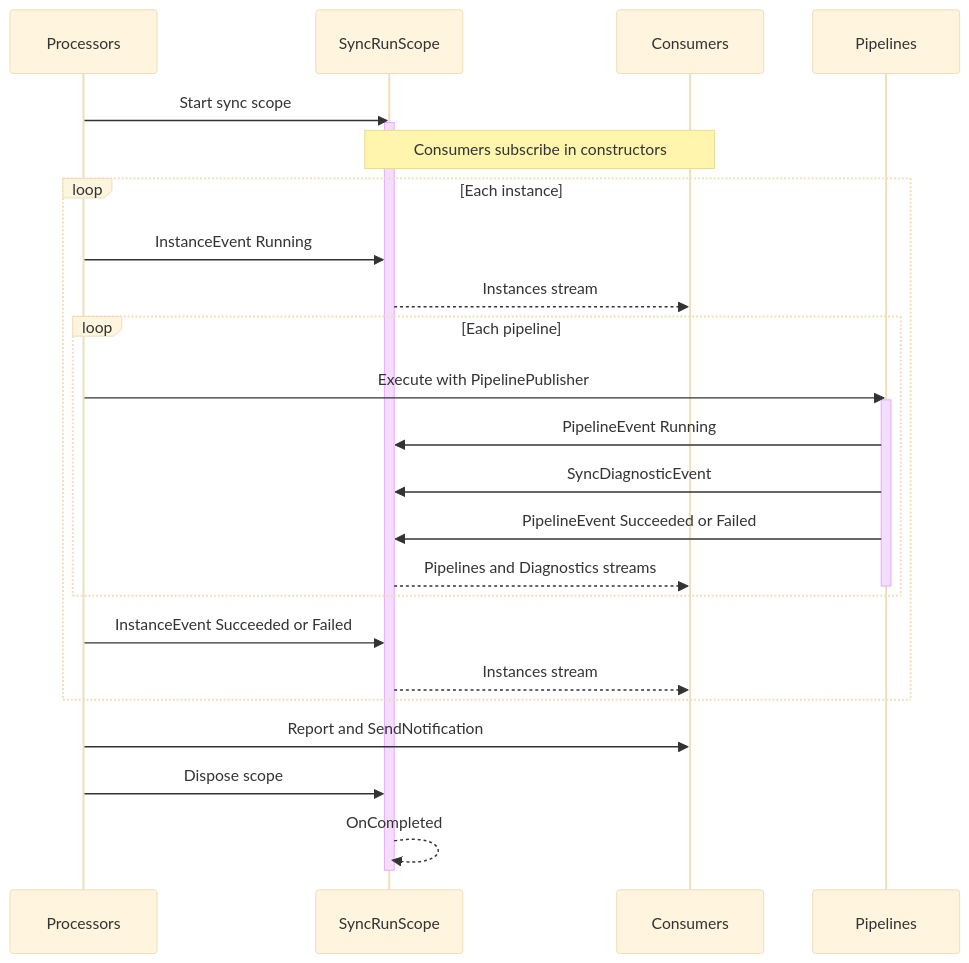
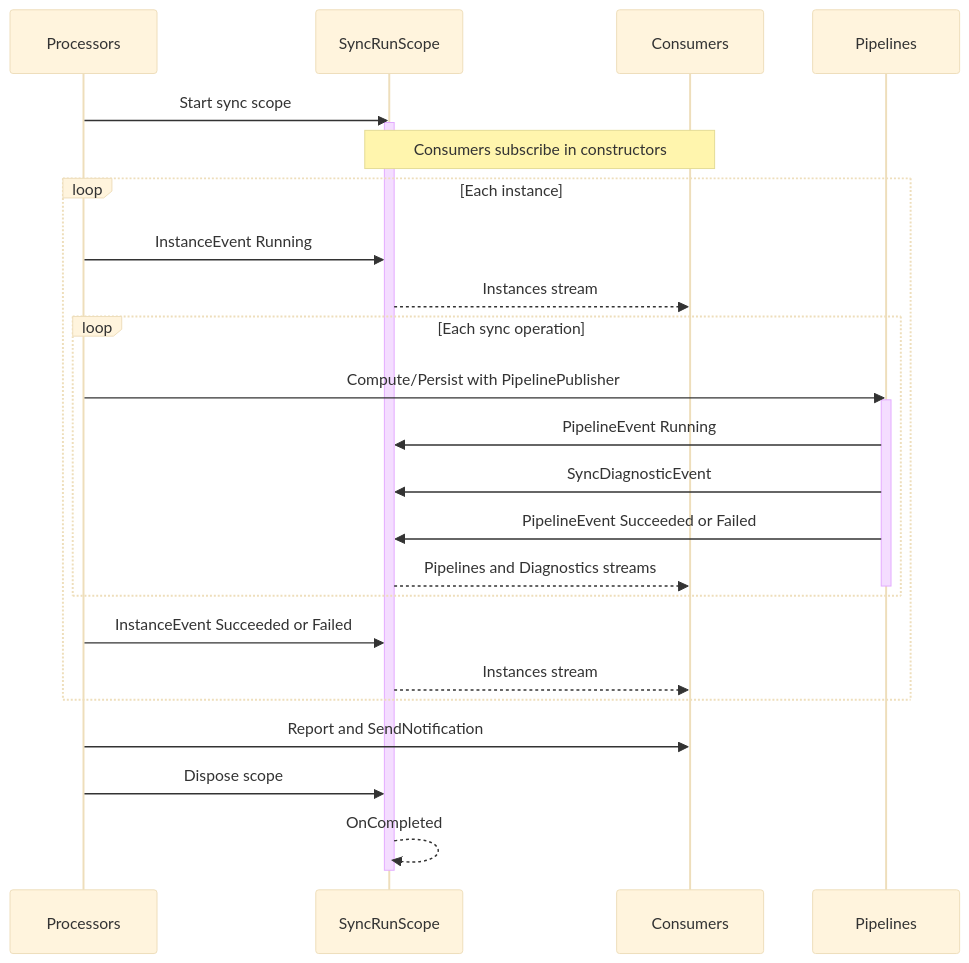
Before and after one commit to recyclarr/recyclarr: the diagram in docs/architecture/sync-event-system.md, drawn with Mermaid (base theme). The commit also changed other lines of this file and 66 other files, not shown here.

````diff
--- a/docs/architecture/sync-event-system.md
+++ b/docs/architecture/sync-event-system.md
@@ -199,34 +197,34 @@
 ```mermaid
 sequenceDiagram
     participant Proc as Processors
     participant Hub as SyncRunScope
     participant Con as Consumers
     participant Pipe as Pipelines
 
     Proc->>Hub: Start sync scope
     activate Hub
     Note over Hub,Con: Consumers subscribe in constructors
 
     loop Each instance
         Proc->>Hub: InstanceEvent Running
         Hub-->>Con: Instances stream
 
-        loop Each pipeline
-            Proc->>Pipe: Execute with PipelinePublisher
+        loop Each sync operation
+            Proc->>Pipe: Compute/Persist with PipelinePublisher
             activate Pipe
             Pipe->>Hub: PipelineEvent Running
             Pipe->>Hub: SyncDiagnosticEvent
             Pipe->>Hub: PipelineEvent Succeeded or Failed
             Hub-->>Con: Pipelines and Diagnostics streams
             deactivate Pipe
         end
 
         Proc->>Hub: InstanceEvent Succeeded or Failed
         Hub-->>Con: Instances stream
     end
 
     Proc->>Con: Report and SendNotification
     Proc->>Hub: Dispose scope
     Hub-->>Hub: OnCompleted
     deactivate Hub
 ```
````
